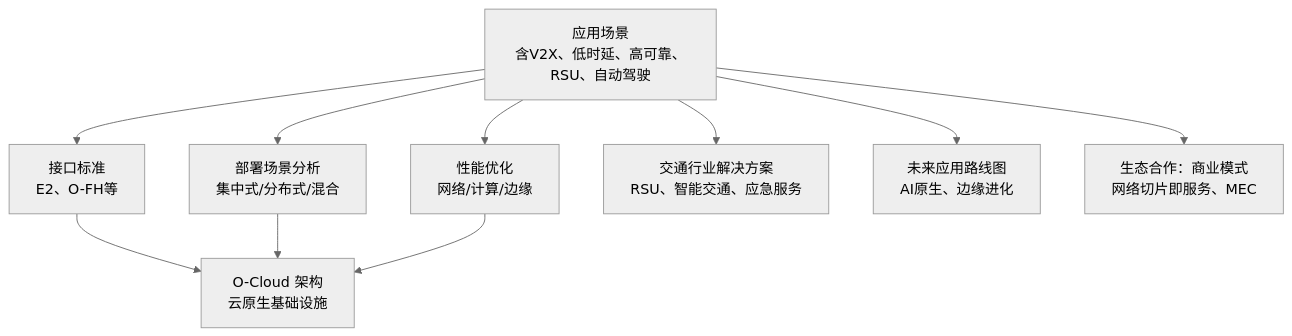
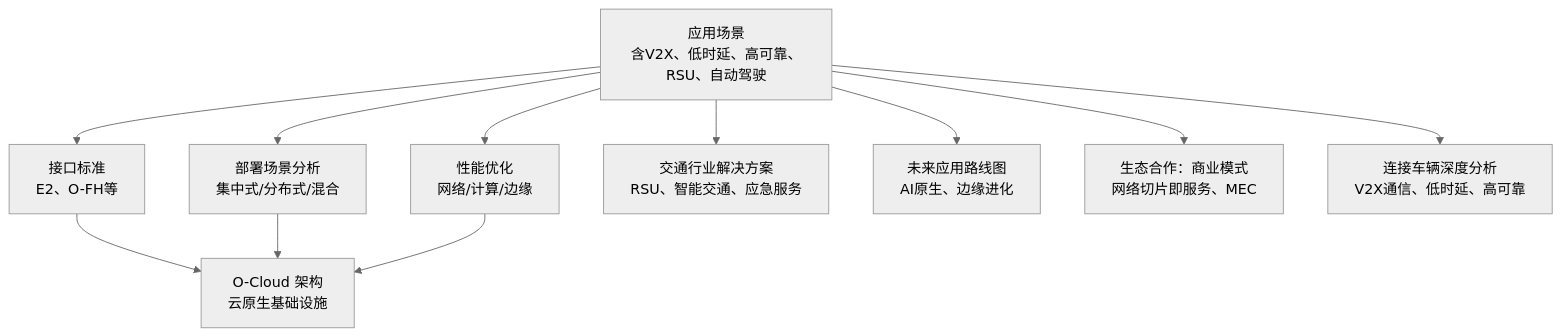
Before and after one commit to allengaller/oran-database: the first of 4 diagrams in .qoder/repowiki/zh/content/应用场景/连接车辆应用.md, drawn with Mermaid (neutral theme). The commit also changed other lines of this file and 32 other files, not shown here.

````diff
--- a/.qoder/repowiki/zh/content/应用场景/连接车辆应用.md
+++ b/.qoder/repowiki/zh/content/应用场景/连接车辆应用.md
@@ -36,12 +49,13 @@
 ```mermaid
 graph TB
 A["应用场景<br/>含V2X、低时延、高可靠、RSU、自动驾驶"] --> B["接口标准<br/>E2、O-FH等"]
 A --> C["部署场景分析<br/>集中式/分布式/混合"]
 A --> D["性能优化<br/>网络/计算/边缘"]
 B --> E["O-Cloud 架构<br/>云原生基础设施"]
 C --> E
 D --> E
 A --> F["交通行业解决方案<br/>RSU、智能交通、应急服务"]
 A --> G["未来应用路线图<br/>AI原生、边缘进化"]
 A --> H["生态合作：商业模式<br/>网络切片即服务、MEC"]
+A --> I["连接车辆深度分析<br/>V2X通信、低时延、高可靠"]
 ```
````
